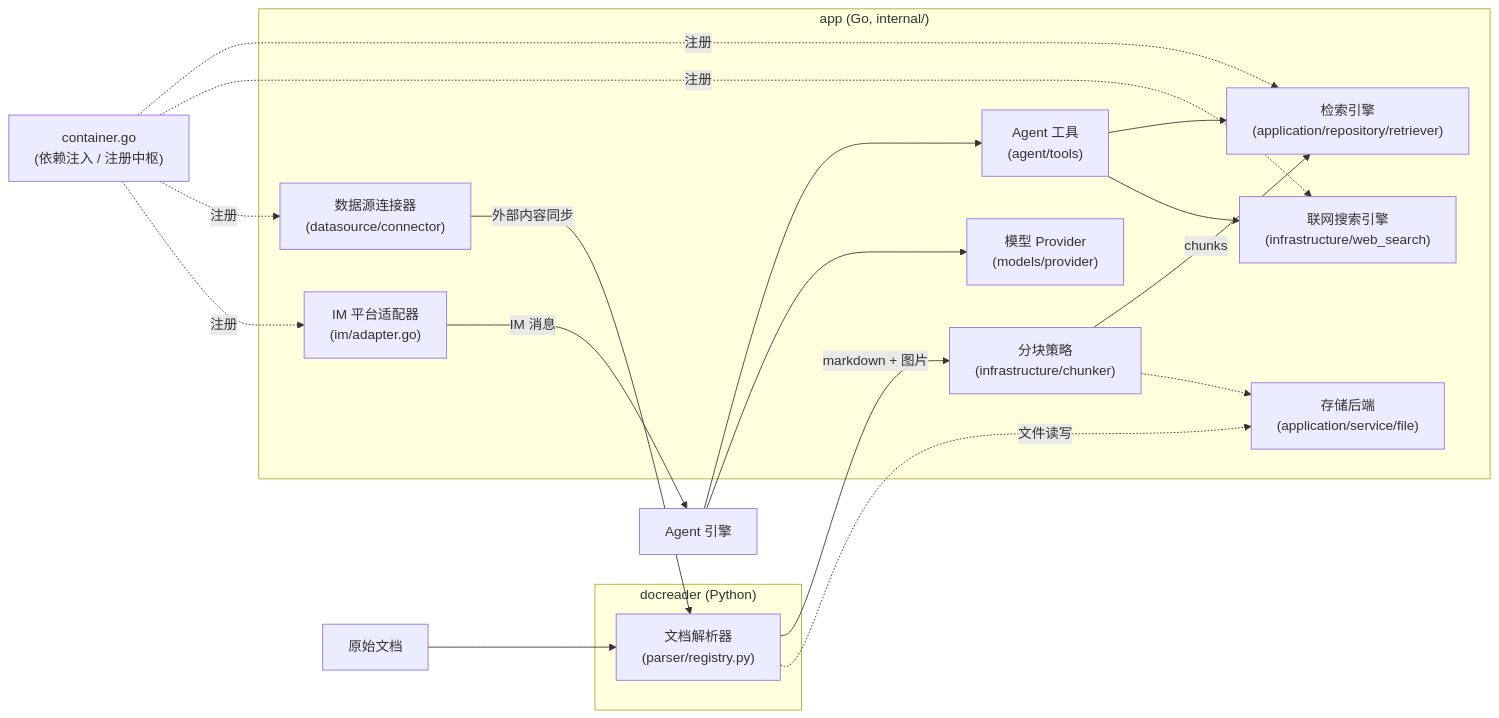
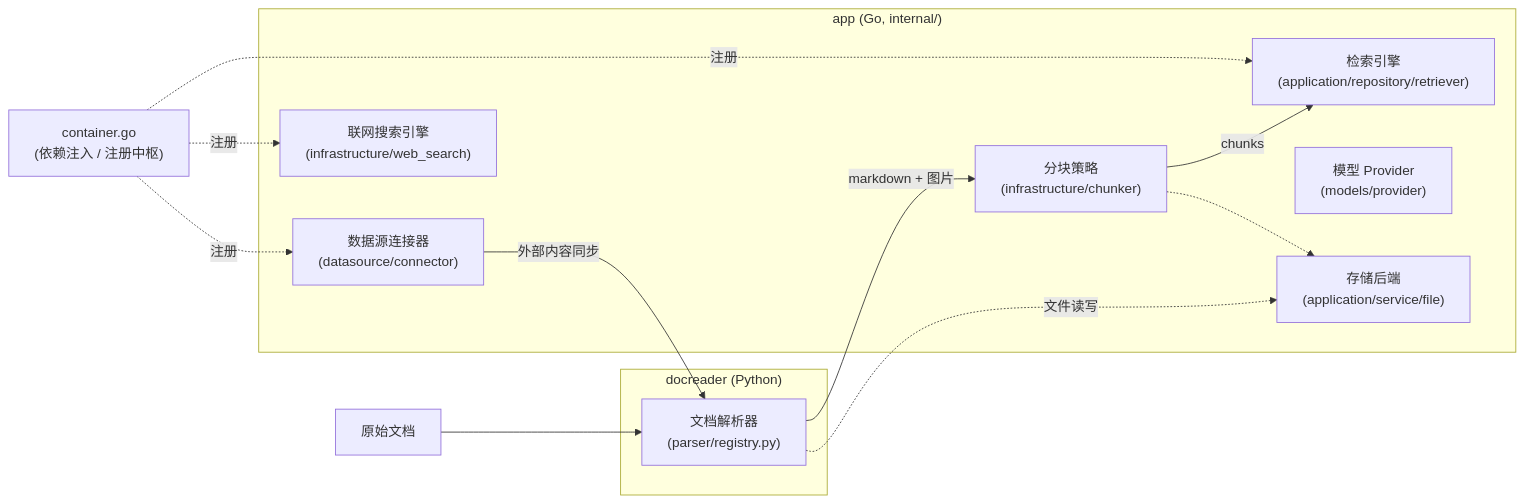
One commit to magicyuan876/Yuheng changed the diagram in website-docs/06-development/03-extension-points.md. Above: the diagram before and after it, drawn with Mermaid. The commit also changed other lines of this file and 994 other files, not shown here.

````diff
--- a/website-docs/06-development/03-extension-points.md
+++ b/website-docs/06-development/03-extension-points.md
@@ -7,31 +7,23 @@
 ```mermaid
 graph LR
     subgraph DR["docreader (Python)"]
         P1["文档解析器<br/>(parser/registry.py)"]
     end
     subgraph APP["app (Go, internal/)"]
         P2["分块策略<br/>(infrastructure/chunker)"]
         P3["检索引擎<br/>(application/repository/retriever)"]
         P4["模型 Provider<br/>(models/provider)"]
         P5["联网搜索引擎<br/>(infrastructure/web_search)"]
         P6["数据源连接器<br/>(datasource/connector)"]
-        P7["IM 平台适配器<br/>(im/adapter.go)"]
-        P8["Agent 工具<br/>(agent/tools)"]
         P9["存储后端<br/>(application/service/file)"]
     end
     DOC["原始文档"] --> P1
     P1 -->|"markdown + 图片"| P2
     P2 -->|"chunks"| P3
     P6 -->|"外部内容同步"| P1
-    P7 -->|"IM 消息"| AG["Agent 引擎"]
-    AG --> P8
-    P8 --> P3
-    P8 --> P5
-    AG --> P4
     P1 -.->|"文件读写"| P9
     P2 -.-> P9
     CT["container.go<br/>(依赖注入 / 注册中枢)"] -.->|"注册"| P3
     CT -.->|"注册"| P5
     CT -.->|"注册"| P6
-    CT -.->|"注册"| P7
 ```
````
